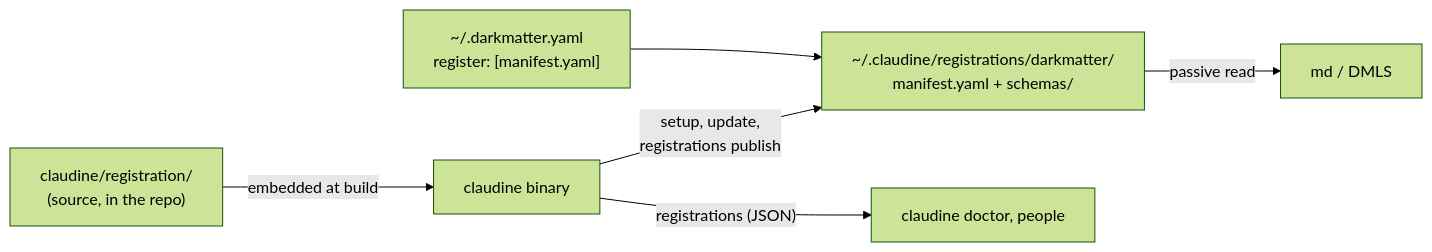
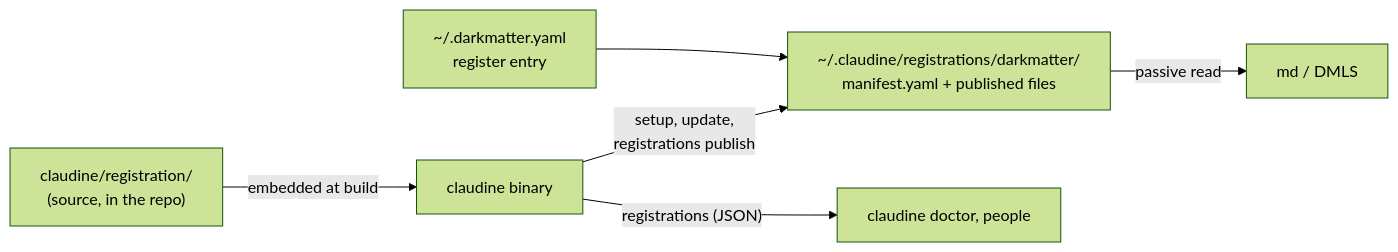
Before and after one commit to yankeeinlondon/rusty-biscuit: the diagram in darkmatter/features/2026-11-22-host-registration-v2/spec.md, drawn with Mermaid (forest theme). The commit also changed other lines of this file, not shown here.

First line of the commit message:
planning(darkmatter): accept host-registration-v2 spec review

````diff
--- a/darkmatter/features/2026-11-22-host-registration-v2/spec.md
+++ b/darkmatter/features/2026-11-22-host-registration-v2/spec.md
@@ -57,8 +86,8 @@
 ```mermaid
 flowchart LR
     R["claudine/registration/<br/>(source, in the repo)"] -->|"embedded at build"| B["claudine binary"]
-    B -->|"setup, update,<br/>registrations publish"| P["~/.claudine/registrations/darkmatter/<br/>manifest.yaml + schemas/"]
-    C["~/.darkmatter.yaml<br/>register: [manifest.yaml]"] --> P
+    B -->|"setup, update,<br/>registrations publish"| P["~/.claudine/registrations/darkmatter/<br/>manifest.yaml + published files"]
+    C["~/.darkmatter.yaml<br/>register entry"] --> P
     P -->|"passive read"| D["md / DMLS"]
     B -->|"registrations (JSON)"| X["claudine doctor, people"]
 ```
````
